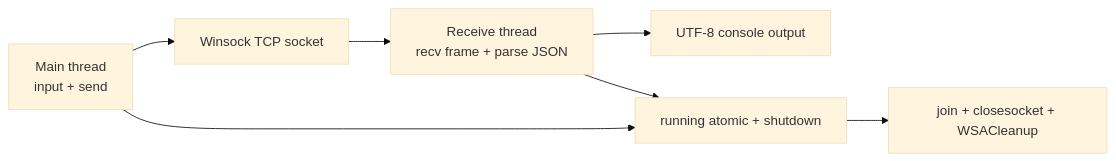
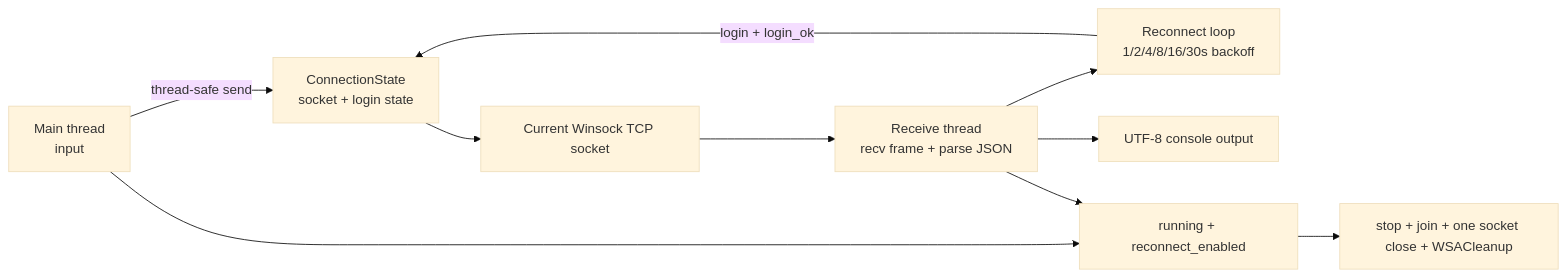
Before and after one commit to DUSK1NG/cross-language-lan-chatroom: the third of 4 diagrams in docs/architecture.md, drawn with Mermaid (base theme). The commit also changed 73 other files, not shown here.

```diff
--- a/docs/architecture.md
+++ b/docs/architecture.md
@@ -31,9 +31,12 @@
 ~~~mermaid
 flowchart LR
-    M["Main thread<br/>input + send"] --> N["Winsock TCP socket"]
+    M["Main thread<br/>input"] -->|"thread-safe send"| CS["ConnectionState<br/>socket + login state"]
+    CS --> N["Current Winsock TCP socket"]
     N --> R["Receive thread<br/>recv frame + parse JSON"]
+    R --> RC["Reconnect loop<br/>1/2/4/8/16/30s backoff"]
+    RC -->|"login + login_ok"| CS
     R --> O["UTF-8 console output"]
-    M --> X["running atomic + shutdown"]
+    M --> X["running + reconnect_enabled"]
     R --> X
-    X --> J["join + closesocket + WSACleanup"]
+    X --> J["stop + join + one socket close + WSACleanup"]
 ~~~
```
